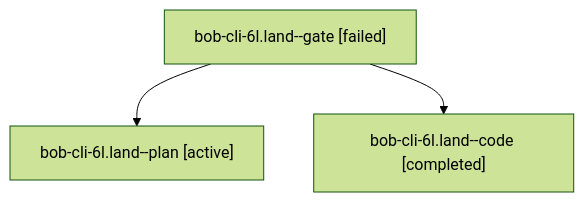
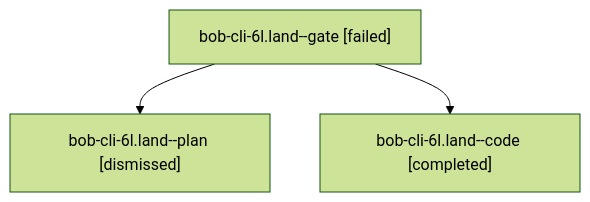
One commit to bobs-org/bob-cli--agents changed the diagram in sessions/bbugyi200.apollo.bob-cli-6l.land.md. Above: the diagram before and after it, drawn with Mermaid (forest theme). The commit also changed other lines of this file and 110 other files, not shown here.

````diff
--- a/sessions/bbugyi200.apollo.bob-cli-6l.land.md
+++ b/sessions/bbugyi200.apollo.bob-cli-6l.land.md
@@ -9,8 +9,8 @@
 ```mermaid
 flowchart TD
   n0["bob-cli-6l.land--gate [failed]"]
-  n1["bob-cli-6l.land--plan [active]"]
+  n1["bob-cli-6l.land--plan [dismissed]"]
   n0 --> n1
   n2["bob-cli-6l.land--code [completed]"]
   n0 --> n2
 ```
````
